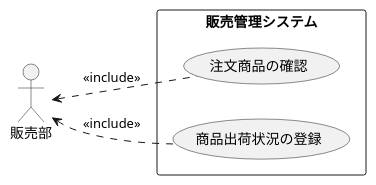
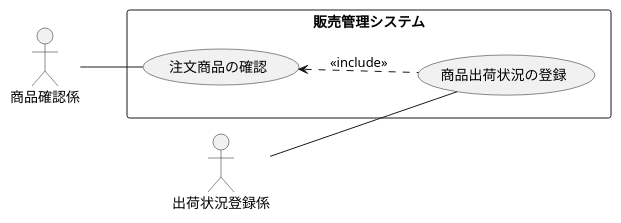
The diagram in 演習2-5_盛岡商事_販売管理システム.pu (eiki4221113/uml_introdaction), drawn with PlantUML before and after one commit. The commit also changed 36 other files, not shown here.

```diff
--- a/演習2-5_盛岡商事_販売管理システム.pu
+++ b/演習2-5_盛岡商事_販売管理システム.pu
@@ -1,9 +1,13 @@
 @startuml ユースケース図
 left to right direction
+actor 商品確認係
+actor 出荷状況登録係
 rectangle 販売管理システム{
-usecase 注文商品の確認 
-usecase 商品出荷状況の登録 
+  usecase 注文商品の確認 
+  usecase 商品出荷状況の登録 
 }
-販売部 <.. 注文商品の確認 : <<include>>
-販売部 <.. 商品出荷状況の登録 :<<include>>
+
+商品確認係 -- 注文商品の確認
+出荷状況登録係 -- 商品出荷状況の登録
+注文商品の確認 <.. 商品出荷状況の登録 : <<include>>
 @enduml
```
